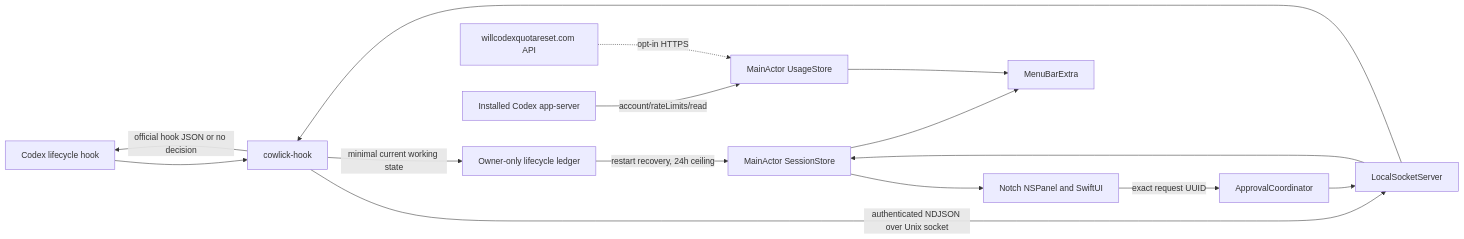
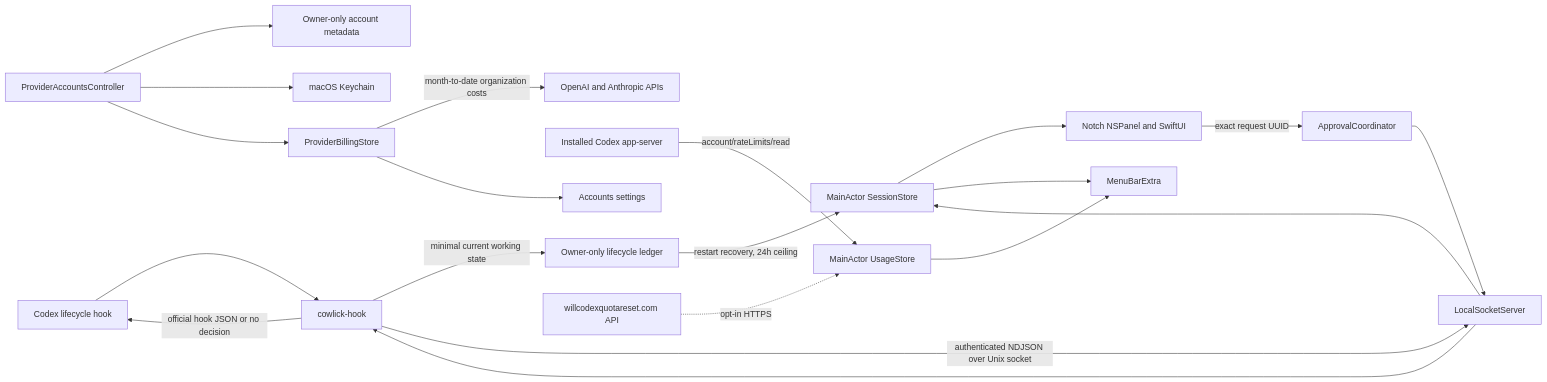
One commit to henryvn27/notchrelay changed the diagram in docs/architecture.md. Above: the diagram before and after it, drawn with Mermaid. The commit also changed other lines of this file and 59 other files, not shown here.

````diff
--- a/docs/architecture.md
+++ b/docs/architecture.md
@@ -5,15 +5,20 @@
 ```mermaid
 flowchart LR
     Codex[Codex lifecycle hook] --> Helper[cowlick-hook]
     Helper -->|minimal current working state| Ledger[Owner-only lifecycle ledger]
     Helper -->|authenticated NDJSON over Unix socket| Server[LocalSocketServer]
     Server --> Store[MainActor SessionStore]
     Ledger -->|restart recovery, 24h ceiling| Store
     Store --> Panel[Notch NSPanel and SwiftUI]
     Store --> Menu[MenuBarExtra]
     LocalCodex[Installed Codex app-server] -->|account/rateLimits/read| Usage[MainActor UsageStore]
+    Accounts[ProviderAccountsController] --> AccountMetadata[Owner-only account metadata]
+    Accounts --> Credentials[macOS Keychain]
+    Accounts --> Billing[ProviderBillingStore]
+    Billing -->|month-to-date organization costs| ProviderAPIs[OpenAI and Anthropic APIs]
+    Billing --> AccountViews[Accounts settings]
     Forecast[willcodexquotareset.com API] -.->|opt-in HTTPS| Usage
     Usage --> Menu
     Panel -->|exact request UUID| Coordinator[ApprovalCoordinator]
     Coordinator --> Server --> Helper -->|official hook JSON or no decision| Codex
 ```
````
